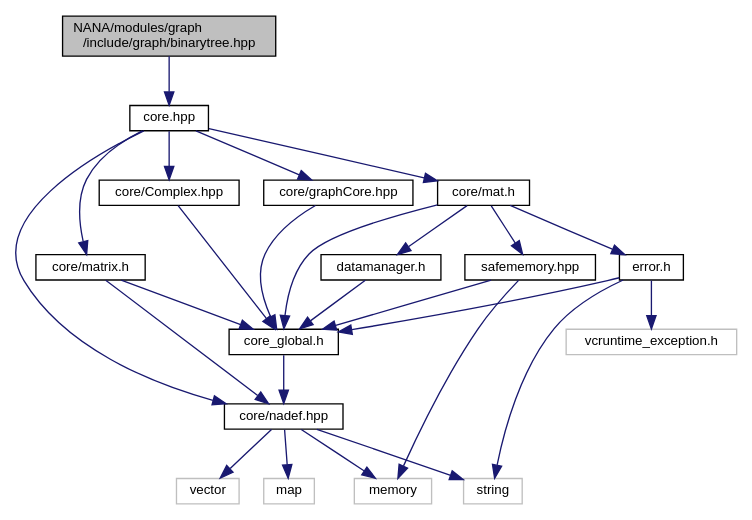
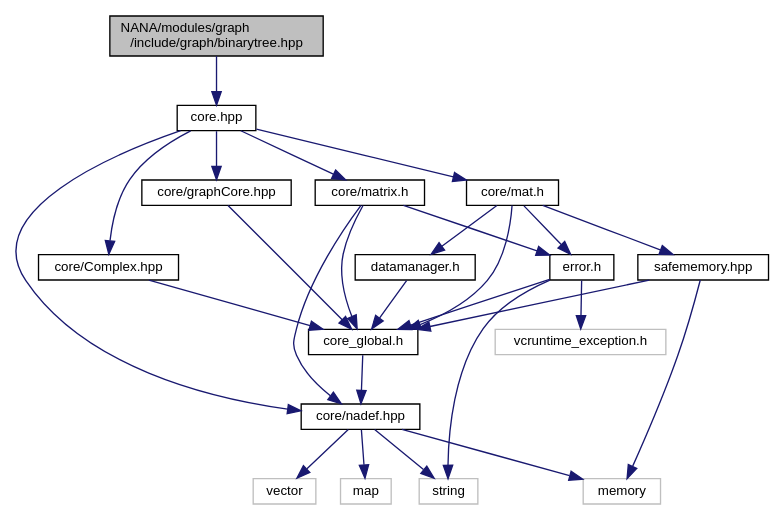
The diagram in docs/binarytree_8hpp__incl.dot (YuruTu/NANA), drawn with Graphviz before and after one commit. The commit also changed 99 other files, not shown here.

```diff
--- a/docs/binarytree_8hpp__incl.dot
+++ b/docs/binarytree_8hpp__incl.dot
@@ -1,47 +1,48 @@
 digraph "NANA/modules/graph/include/graph/binarytree.hpp"
 {
  // LATEX_PDF_SIZE
   edge [fontname="Helvetica",fontsize="10",labelfontname="Helvetica",labelfontsize="10"];
   node [fontname="Helvetica",fontsize="10",shape=record];
   Node1 [label="NANA/modules/graph\l/include/graph/binarytree.hpp",height=0.2,width=0.4,color="black", fillcolor="grey75", style="filled", fontcolor="black",tooltip="实现二叉树的模板"];
   Node1 -> Node2 [color="midnightblue",fontsize="10",style="solid",fontname="Helvetica"];
   Node2 [label="core.hpp",height=0.2,width=0.4,color="black", fillcolor="white", style="filled",URL="$core_8hpp.html",tooltip="包含基本的数据结构等"];
   Node2 -> Node3 [color="midnightblue",fontsize="10",style="solid",fontname="Helvetica"];
   Node3 [label="core/nadef.hpp",height=0.2,width=0.4,color="black", fillcolor="white", style="filled",URL="$nadef_8hpp_source.html",tooltip=" "];
   Node3 -> Node4 [color="midnightblue",fontsize="10",style="solid",fontname="Helvetica"];
   Node4 [label="vector",height=0.2,width=0.4,color="grey75", fillcolor="white", style="filled",tooltip=" "];
   Node3 -> Node5 [color="midnightblue",fontsize="10",style="solid",fontname="Helvetica"];
   Node5 [label="string",height=0.2,width=0.4,color="grey75", fillcolor="white", style="filled",tooltip=" "];
   Node3 -> Node6 [color="midnightblue",fontsize="10",style="solid",fontname="Helvetica"];
   Node6 [label="map",height=0.2,width=0.4,color="grey75", fillcolor="white", style="filled",tooltip=" "];
   Node3 -> Node7 [color="midnightblue",fontsize="10",style="solid",fontname="Helvetica"];
   Node7 [label="memory",height=0.2,width=0.4,color="grey75", fillcolor="white", style="filled",tooltip=" "];
   Node2 -> Node8 [color="midnightblue",fontsize="10",style="solid",fontname="Helvetica"];
   Node8 [label="core/Complex.hpp",height=0.2,width=0.4,color="black", fillcolor="white", style="filled",URL="$_complex_8hpp.html",tooltip="实现复数"];
   Node8 -> Node9 [color="midnightblue",fontsize="10",style="solid",fontname="Helvetica"];
   Node9 [label="core_global.h",height=0.2,width=0.4,color="black", fillcolor="white", style="filled",URL="$core__global_8h.html",tooltip="全局头文件"];
   Node9 -> Node3 [color="midnightblue",fontsize="10",style="solid",fontname="Helvetica"];
   Node2 -> Node10 [color="midnightblue",fontsize="10",style="solid",fontname="Helvetica"];
   Node10 [label="core/graphCore.hpp",height=0.2,width=0.4,color="black", fillcolor="white", style="filled",URL="$graph_core_8hpp.html",tooltip="为图论算法实现的基本数据结构"];
   Node10 -> Node9 [color="midnightblue",fontsize="10",style="solid",fontname="Helvetica"];
   Node2 -> Node11 [color="midnightblue",fontsize="10",style="solid",fontname="Helvetica"];
   Node11 [label="core/matrix.h",height=0.2,width=0.4,color="black", fillcolor="white", style="filled",URL="$matrix_8h.html",tooltip="简单矩阵类(效率不高，但易于理解，很多时候会触发复制构造函数)，不同于Mat"];
   Node11 -> Node9 [color="midnightblue",fontsize="10",style="solid",fontname="Helvetica"];
-  Node11 -> Node3 [color="midnightblue",fontsize="10",style="solid",fontname="Helvetica"];
-  Node2 -> Node12 [color="midnightblue",fontsize="10",style="solid",fontname="Helvetica"];
-  Node12 [label="core/mat.h",height=0.2,width=0.4,color="black", fillcolor="white", style="filled",URL="$mat_8h.html",tooltip="实现一个用于矩阵运算的模板类(仍在实现当中)"];
+  Node11 -> Node12 [color="midnightblue",fontsize="10",style="solid",fontname="Helvetica"];
+  Node12 [label="error.h",height=0.2,width=0.4,color="black", fillcolor="white", style="filled",URL="$error_8h.html",tooltip="用于抛出异常"];
   Node12 -> Node9 [color="midnightblue",fontsize="10",style="solid",fontname="Helvetica"];
   Node12 -> Node13 [color="midnightblue",fontsize="10",style="solid",fontname="Helvetica"];
-  Node13 [label="error.h",height=0.2,width=0.4,color="black", fillcolor="white", style="filled",URL="$error_8h.html",tooltip="用于抛出异常"];
-  Node13 -> Node9 [color="midnightblue",fontsize="10",style="solid",fontname="Helvetica"];
-  Node13 -> Node14 [color="midnightblue",fontsize="10",style="solid",fontname="Helvetica"];
-  Node14 [label="vcruntime_exception.h",height=0.2,width=0.4,color="grey75", fillcolor="white", style="filled",tooltip=" "];
-  Node13 -> Node5 [color="midnightblue",fontsize="10",style="solid",fontname="Helvetica"];
-  Node12 -> Node15 [color="midnightblue",fontsize="10",style="solid",fontname="Helvetica"];
+  Node13 [label="vcruntime_exception.h",height=0.2,width=0.4,color="grey75", fillcolor="white", style="filled",tooltip=" "];
+  Node12 -> Node5 [color="midnightblue",fontsize="10",style="solid",fontname="Helvetica"];
+  Node11 -> Node3 [color="midnightblue",fontsize="10",style="solid",fontname="Helvetica"];
+  Node2 -> Node14 [color="midnightblue",fontsize="10",style="solid",fontname="Helvetica"];
+  Node14 [label="core/mat.h",height=0.2,width=0.4,color="black", fillcolor="white", style="filled",URL="$mat_8h.html",tooltip="实现一个用于矩阵运算的模板类(仍在实现当中)"];
+  Node14 -> Node9 [color="midnightblue",fontsize="10",style="solid",fontname="Helvetica"];
+  Node14 -> Node12 [color="midnightblue",fontsize="10",style="solid",fontname="Helvetica"];
+  Node14 -> Node15 [color="midnightblue",fontsize="10",style="solid",fontname="Helvetica"];
   Node15 [label="datamanager.h",height=0.2,width=0.4,color="black", fillcolor="white", style="filled",URL="$datamanager_8h.html",tooltip="实现一个数据管理器"];
   Node15 -> Node9 [color="midnightblue",fontsize="10",style="solid",fontname="Helvetica"];
-  Node12 -> Node16 [color="midnightblue",fontsize="10",style="solid",fontname="Helvetica"];
+  Node14 -> Node16 [color="midnightblue",fontsize="10",style="solid",fontname="Helvetica"];
   Node16 [label="safememory.hpp",height=0.2,width=0.4,color="black", fillcolor="white", style="filled",URL="$safememory_8hpp.html",tooltip="实现安全的内存管理"];
   Node16 -> Node9 [color="midnightblue",fontsize="10",style="solid",fontname="Helvetica"];
   Node16 -> Node7 [color="midnightblue",fontsize="10",style="solid",fontname="Helvetica"];
 }
```
